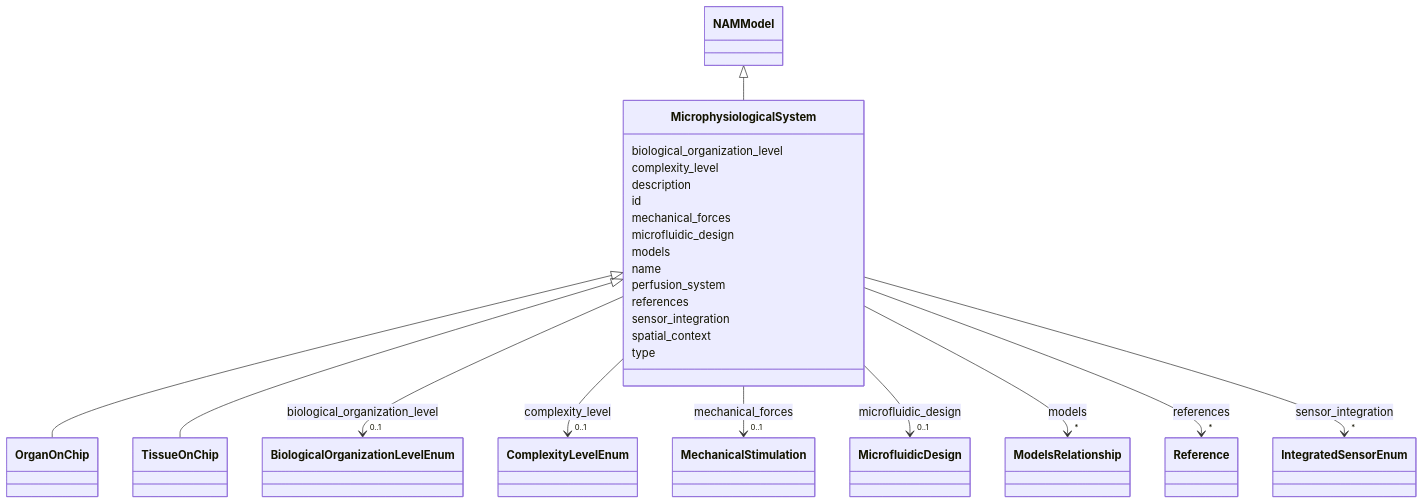
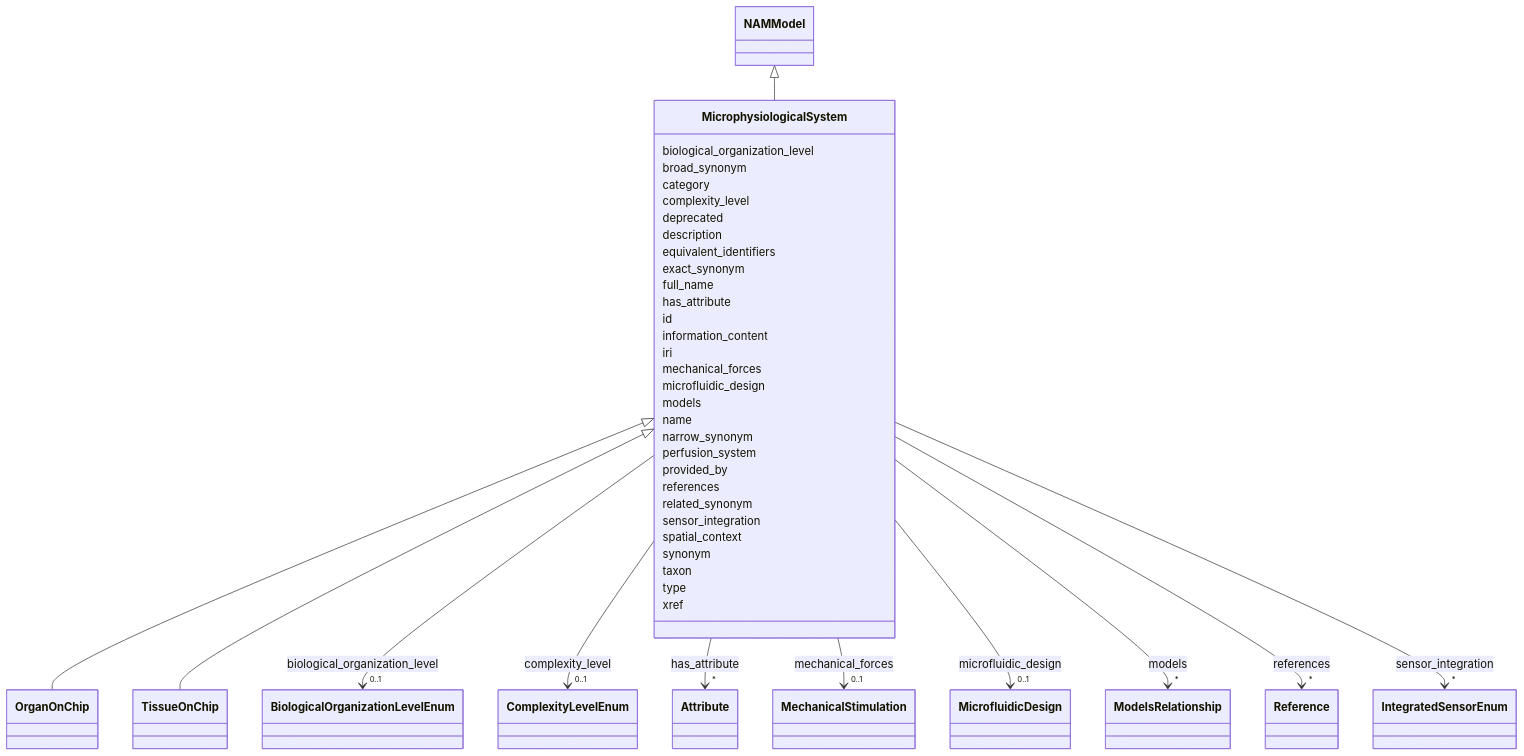
One commit to monarch-initiative/namo changed the diagram in docs/elements/MicrophysiologicalSystem.md. Above: the diagram before and after it, drawn with Mermaid. The commit also changed other lines of this file and 1232 other files, not shown here.

````diff
--- a/docs/elements/MicrophysiologicalSystem.md
+++ b/docs/elements/MicrophysiologicalSystem.md
@@ -42,6 +47,10 @@
     
 
         
+      MicrophysiologicalSystem : broad_synonym
+        
+      MicrophysiologicalSystem : category
+        
       MicrophysiologicalSystem : complexity_level
         
           
@@ -53,9 +62,32 @@
     
 
         
+      MicrophysiologicalSystem : deprecated
+        
       MicrophysiologicalSystem : description
         
+      MicrophysiologicalSystem : equivalent_identifiers
+        
+      MicrophysiologicalSystem : exact_synonym
+        
+      MicrophysiologicalSystem : full_name
+        
+      MicrophysiologicalSystem : has_attribute
+        
+          
+    
+        
+        
+        MicrophysiologicalSystem --> "*" Attribute : has_attribute
+        click Attribute href "../Attribute/"
+    
+
+        
       MicrophysiologicalSystem : id
+        
+      MicrophysiologicalSystem : information_content
+        
+      MicrophysiologicalSystem : iri
         
       MicrophysiologicalSystem : mechanical_forces
         
@@ -92,7 +124,11 @@
         
       MicrophysiologicalSystem : name
         
+      MicrophysiologicalSystem : narrow_synonym
+        
       MicrophysiologicalSystem : perfusion_system
+        
+      MicrophysiologicalSystem : provided_by
         
       MicrophysiologicalSystem : references
         
@@ -104,6 +140,8 @@
         click Reference href "../Reference/"
     
 
+        
+      MicrophysiologicalSystem : related_synonym
         
       MicrophysiologicalSystem : sensor_integration
         
@@ -118,7 +156,13 @@
         
       MicrophysiologicalSystem : spatial_context
         
+      MicrophysiologicalSystem : synonym
+        
+      MicrophysiologicalSystem : taxon
+        
       MicrophysiologicalSystem : type
+        
+      MicrophysiologicalSystem : xref
         
       
 ```
````
